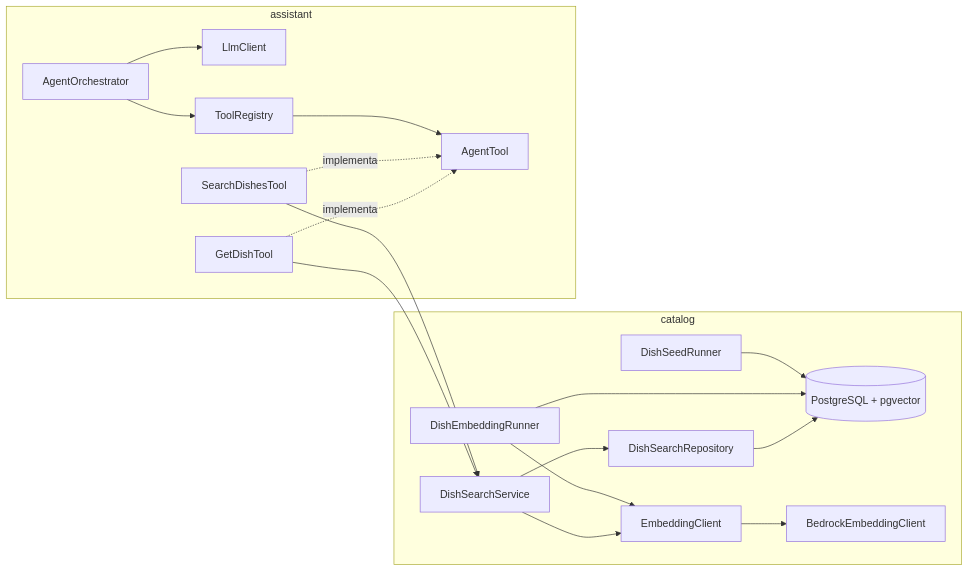
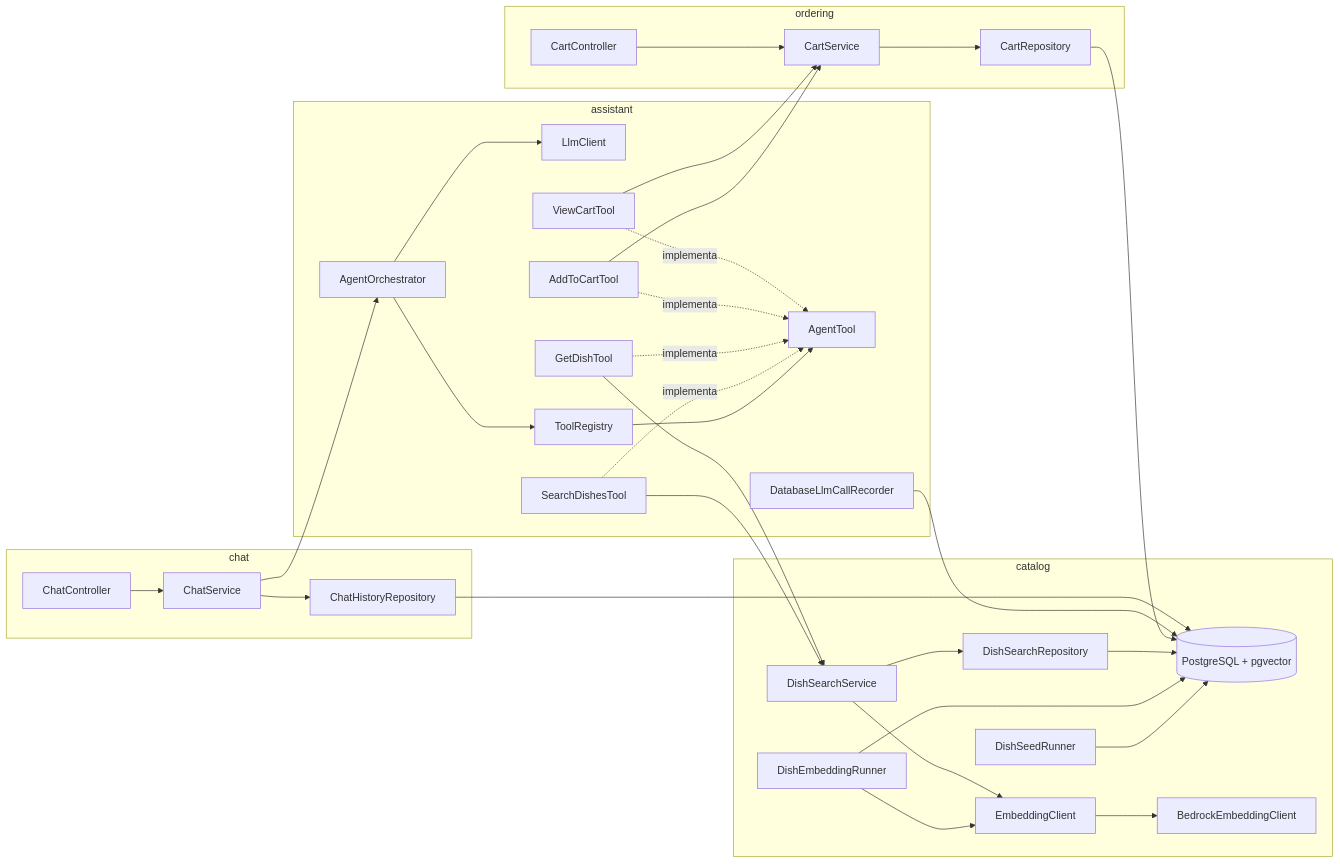
One commit to CaioLira18/aws-java-react-assistentePedidos changed the diagram in docs/archive-functions.md. Above: the diagram before and after it, drawn with Mermaid. The commit also changed other lines of this file and 19 other files, not shown here.

````diff
--- a/docs/archive-functions.md
+++ b/docs/archive-functions.md
@@ -19,21 +23,37 @@
 ```mermaid
 flowchart LR
   subgraph catalogo["catalog"]
     SEED[DishSeedRunner] --> DB[(PostgreSQL + pgvector)]
     EMBRUN[DishEmbeddingRunner] --> EC[EmbeddingClient]
     EMBRUN --> DB
     EC --> BEC[BedrockEmbeddingClient]
     SS[DishSearchService] --> EC
     SS --> SR[DishSearchRepository]
     SR --> DB
   end
+  subgraph pedido["ordering"]
+    CCTL[CartController] --> CART[CartService]
+    CART --> CREPO[CartRepository]
+    CREPO --> DB
+  end
   subgraph agente["assistant"]
     AO[AgentOrchestrator] --> LC[LlmClient]
     AO --> TR[ToolRegistry]
     TR --> AT[AgentTool]
     SDT[SearchDishesTool] -.->|implementa| AT
     GDT[GetDishTool] -.->|implementa| AT
+    ADT[AddToCartTool] -.->|implementa| AT
+    VCT[ViewCartTool] -.->|implementa| AT
+    REC[DatabaseLlmCallRecorder] --> DB
+  end
+  subgraph conversa["chat"]
+    CHC[ChatController] --> CHS[ChatService]
+    CHS --> AO
+    CHS --> CHR[ChatHistoryRepository]
+    CHR --> DB
   end
   SDT --> SS
   GDT --> SS
+  ADT --> CART
+  VCT --> CART
 ```
````
